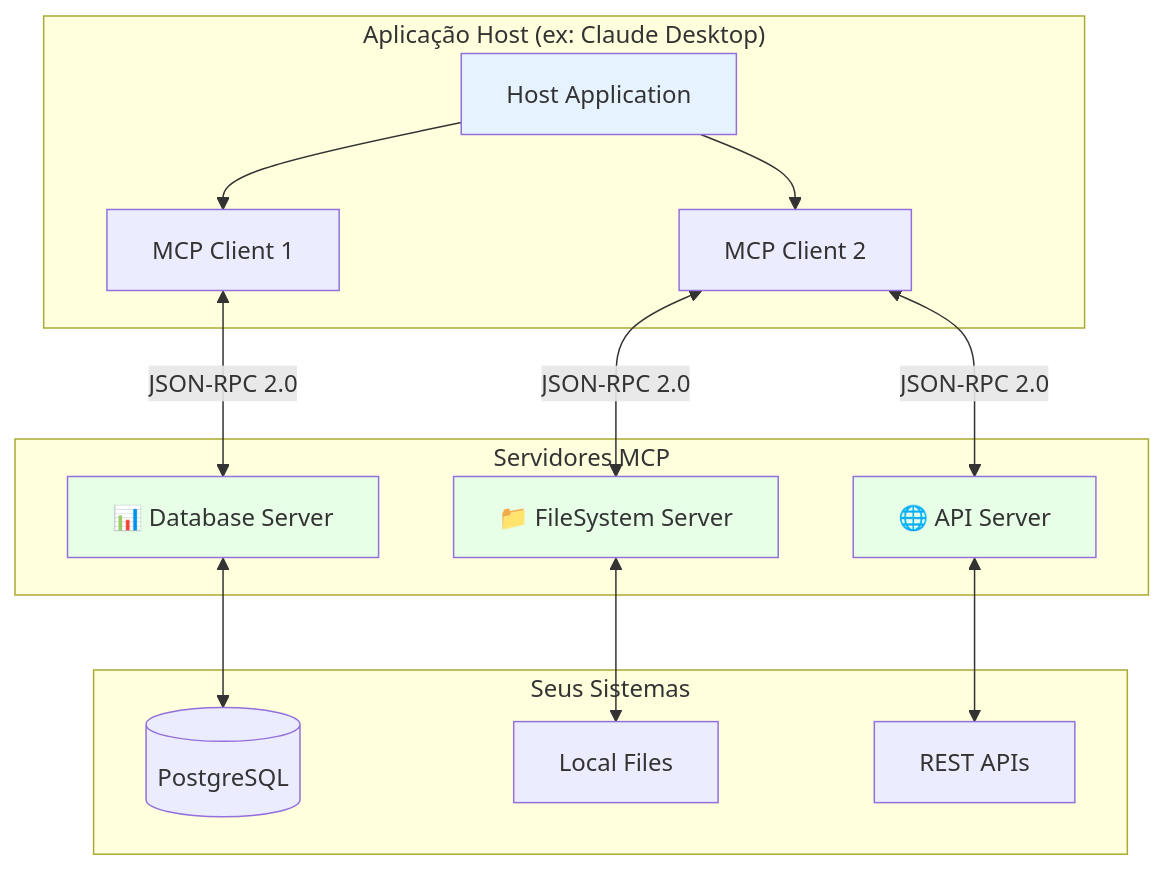
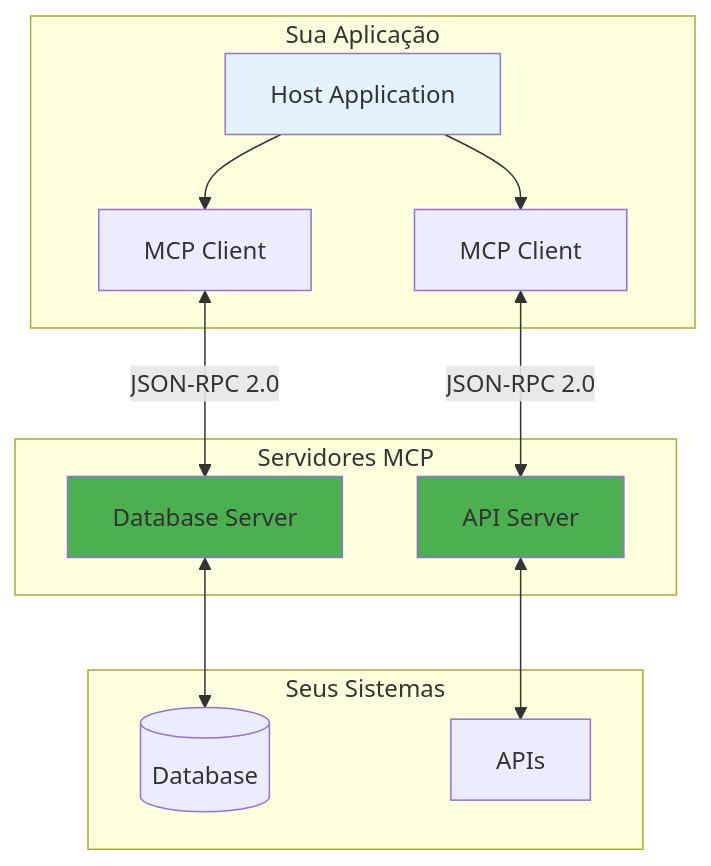
Before and after one commit to felipepimentel/my-public-notes: the fifth of 14 diagrams in AI/Comunicação/MCP/00-mcp-presentation-zero to hero.md, drawn with Mermaid. The commit also changed other lines of this file, not shown here.

````diff
--- a/AI/Comunicação/MCP/00-mcp-presentation-zero to hero.md
+++ b/AI/Comunicação/MCP/00-mcp-presentation-zero to hero.md
@@ -213,35 +109,23 @@
 ```mermaid
 graph TB
-    subgraph "Aplicação Host (ex: Claude Desktop)"
-        H[Host Application]
-        C1[MCP Client 1]
-        C2[MCP Client 2]
-        H --> C1
-        H --> C2
+    subgraph "Sua Aplicação"
+        APP[Host Application]
+        C1[MCP Client] & C2[MCP Client]
+        APP --> C1 & C2
     end
     
     subgraph "Servidores MCP"
-        S1[📊 Database Server]
-        S2[📁 FileSystem Server]
-        S3[🌐 API Server]
+        S1[Database Server] & S2[API Server]
     end
     
     subgraph "Seus Sistemas"
-        DB[(PostgreSQL)]
-        FS[Local Files]
-        API[REST APIs]
+        SYS1[(Database)] & SYS2[APIs]
     end
     
-    C1 <-->|"JSON-RPC 2.0"| S1
-    C2 <-->|"JSON-RPC 2.0"| S2
-    C2 <-->|"JSON-RPC 2.0"| S3
+    C1 <-->|"JSON-RPC 2.0"| S1 <--> SYS1
+    C2 <-->|"JSON-RPC 2.0"| S2 <--> SYS2
     
-    S1 <--> DB
-    S2 <--> FS
-    S3 <--> API
-    
-    style H fill:#e6f3ff
-    style S1 fill:#e6ffe6
-    style S2 fill:#e6ffe6
-    style S3 fill:#e6ffe6
+    style APP fill:#e3f2fd
+    style S1 fill:#4CAF50
+    style S2 fill:#4CAF50
 ```
````
